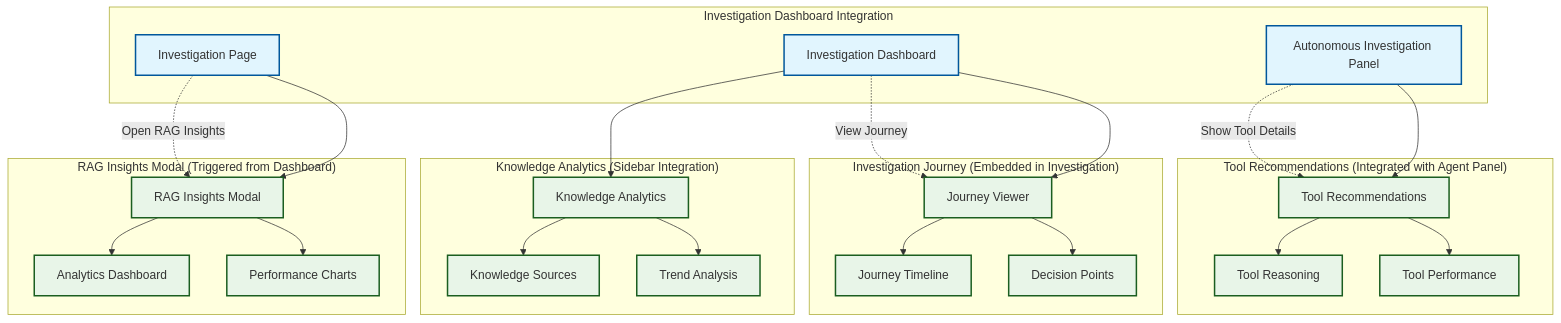
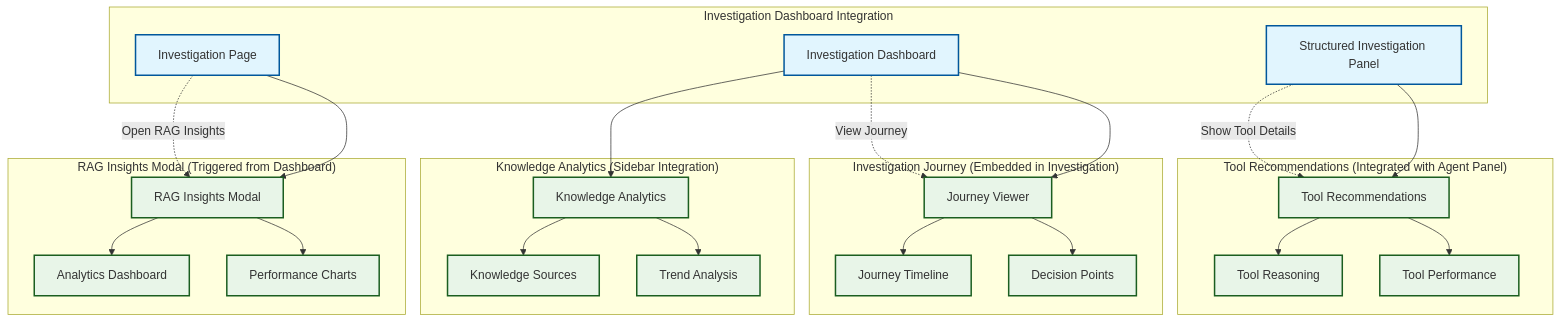
One commit to Olorin-ai-git/Bayit-Plus changed the fourth of 7 diagrams in docs/diagrams/advanced-rag-insights-frontend-architecture-2025-01-05.md. Above: the diagram before and after it, drawn with Mermaid. The commit also changed other lines of this file and 703 other files, not shown here.

````diff
--- a/docs/diagrams/advanced-rag-insights-frontend-architecture-2025-01-05.md
+++ b/docs/diagrams/advanced-rag-insights-frontend-architecture-2025-01-05.md
@@ -241,67 +241,67 @@
 ```mermaid
 graph TB
     %% Main Investigation Flow
     subgraph "Investigation Dashboard Integration"
         IP[Investigation Page]
         ID[Investigation Dashboard]
-        AIP[Autonomous Investigation Panel]
+        AIP[Structured Investigation Panel]
     end
     
     %% Advanced RAG Modal
     subgraph "RAG Insights Modal (Triggered from Dashboard)"
         RIM[RAG Insights Modal]
         RAD[Analytics Dashboard]
         RPC[Performance Charts]
         
         RIM --> RAD
         RIM --> RPC
     end
     
     %% Journey Integration
     subgraph "Investigation Journey (Embedded in Investigation)"
         RJV[Journey Viewer]
         RJT[Journey Timeline]
         RDP[Decision Points]
         
         RJV --> RJT
         RJV --> RDP
     end
     
     %% Tool Integration
     subgraph "Tool Recommendations (Integrated with Agent Panel)"
         RTR[Tool Recommendations]
         RTRS[Tool Reasoning]
         RTP[Tool Performance]
         
         RTR --> RTRS
         RTR --> RTP
     end
     
     %% Knowledge Integration
     subgraph "Knowledge Analytics (Sidebar Integration)"
         RKA[Knowledge Analytics]
         RKS[Knowledge Sources]
         RTA[Trend Analysis]
         
         RKA --> RKS
         RKA --> RTA
     end
     
     %% Integration Points
     IP --> RIM
     ID --> RJV
     AIP --> RTR
     ID --> RKA
     
     %% Modal Triggers
     IP -.->|"Open RAG Insights"| RIM
     ID -.->|"View Journey"| RJV
     AIP -.->|"Show Tool Details"| RTR
     
     classDef mainApp fill:#e1f5fe,stroke:#01579b,stroke-width:2px
     classDef ragComponent fill:#e8f5e8,stroke:#1b5e20,stroke-width:2px
     classDef integration fill:#fff3e0,stroke:#e65100,stroke-width:2px
     
     class IP,ID,AIP mainApp
     class RIM,RAD,RPC,RJV,RJT,RDP,RTR,RTRS,RTP,RKA,RKS,RTA ragComponent
 ```
````
